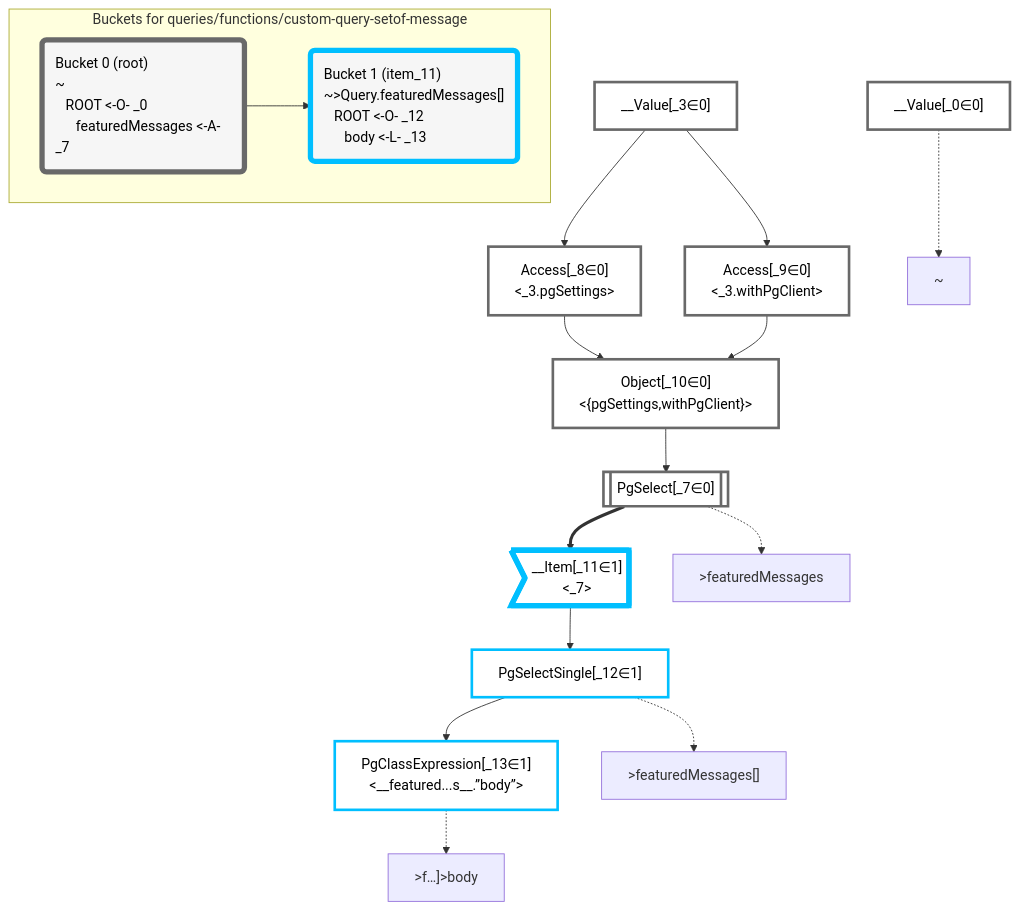
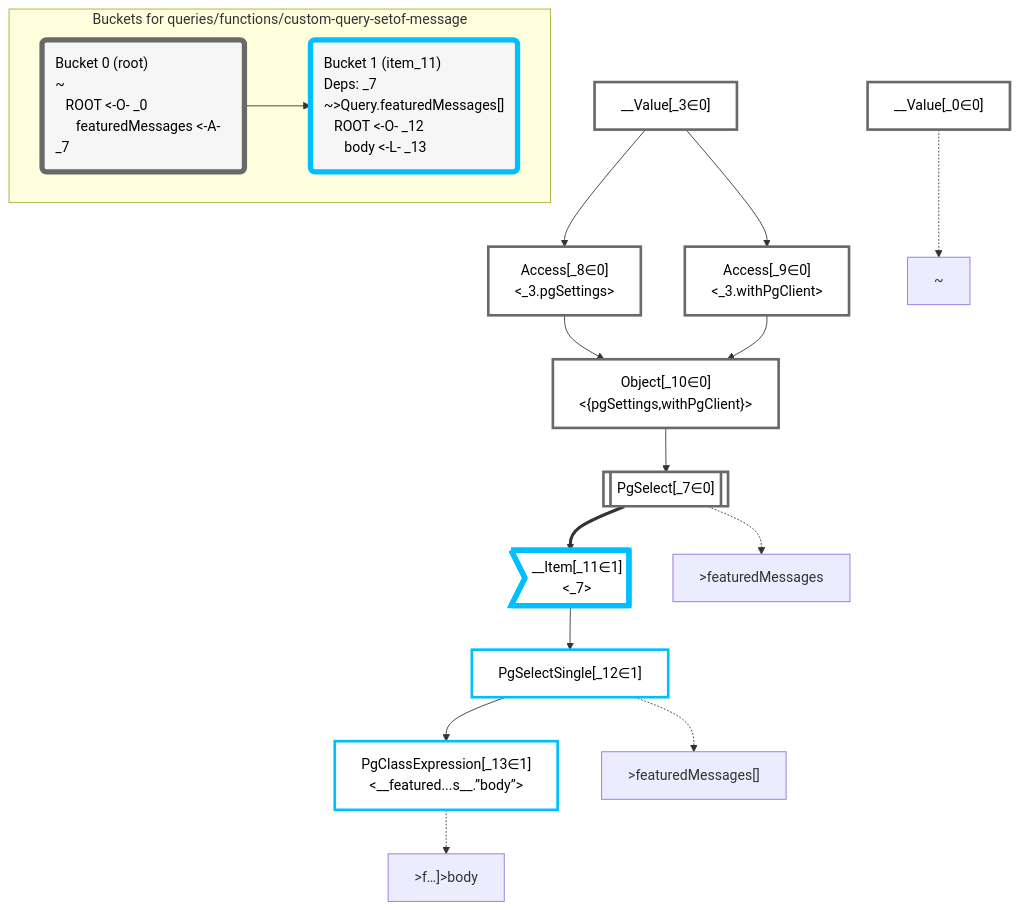
Before and after one commit to graphile/crystal: the diagram in packages/dataplan-pg/__tests__/queries/functions/custom-query-setof-message.deopt.mermaid.md, drawn with Mermaid. The commit also changed 157 other files, not shown here.

Commit message:
Add deps to all query snapshots

````diff
--- a/packages/dataplan-pg/__tests__/queries/functions/custom-query-setof-message.deopt.mermaid.md
+++ b/packages/dataplan-pg/__tests__/queries/functions/custom-query-setof-message.deopt.mermaid.md
@@ -1,54 +1,54 @@
 ```mermaid
 graph TD
     classDef path fill:#eee,stroke:#000,color:#000
     classDef plan fill:#fff,stroke-width:3px,color:#000
     classDef itemplan fill:#fff,stroke-width:6px,color:#000
     classDef sideeffectplan fill:#f00,stroke-width:6px,color:#000
     classDef bucket fill:#f6f6f6,color:#000,stroke-width:6px,text-align:left
 
 
     %% define plans
     __Value_0["__Value[_0∈0]"]:::plan
     __Value_3["__Value[_3∈0]<br /><context>"]:::plan
     PgSelect_7[["PgSelect[_7∈0]<br /><featured_messages>"]]:::plan
     Access_8["Access[_8∈0]<br /><_3.pgSettings>"]:::plan
     Access_9["Access[_9∈0]<br /><_3.withPgClient>"]:::plan
     Object_10["Object[_10∈0]<br /><{pgSettings,withPgClient}>"]:::plan
     __Item_11>"__Item[_11∈1]<br /><_7>"]:::itemplan
     PgSelectSingle_12["PgSelectSingle[_12∈1]<br /><featured_messages>"]:::plan
     PgClassExpression_13["PgClassExpression[_13∈1]<br /><__featured...s__.”body”>"]:::plan
 
     %% plan dependencies
     Object_10 --> PgSelect_7
     __Value_3 --> Access_8
     __Value_3 --> Access_9
     Access_8 --> Object_10
     Access_9 --> Object_10
     PgSelect_7 ==> __Item_11
     __Item_11 --> PgSelectSingle_12
     PgSelectSingle_12 --> PgClassExpression_13
 
     %% plan-to-path relationships
     P_0["~"]
     __Value_0 -.-> P_0
     P_7[">featuredMessages"]
     PgSelect_7 -.-> P_7
     P_12[">featuredMessages[]"]
     PgSelectSingle_12 -.-> P_12
     P_13[">f…]>body"]
     PgClassExpression_13 -.-> P_13
 
     %% allocate buckets
     classDef bucket0 stroke:#696969
     class __Value_0,__Value_3,PgSelect_7,Access_8,Access_9,Object_10 bucket0
     classDef bucket1 stroke:#00bfff
     class __Item_11,PgSelectSingle_12,PgClassExpression_13 bucket1
 
     subgraph "Buckets for queries/functions/custom-query-setof-message"
     Bucket0("Bucket 0 (root)<br />~<br />⠀ROOT <-O- _0<br />⠀⠀featuredMessages <-A- _7"):::bucket
     style Bucket0 stroke:#696969
-    Bucket1("Bucket 1 (item_11)<br />~>Query.featuredMessages[]<br />⠀ROOT <-O- _12<br />⠀⠀body <-L- _13"):::bucket
+    Bucket1("Bucket 1 (item_11)<br />Deps: _7<br />~>Query.featuredMessages[]<br />⠀ROOT <-O- _12<br />⠀⠀body <-L- _13"):::bucket
     style Bucket1 stroke:#00bfff
     Bucket0 --> Bucket1
     end
 ```
````
